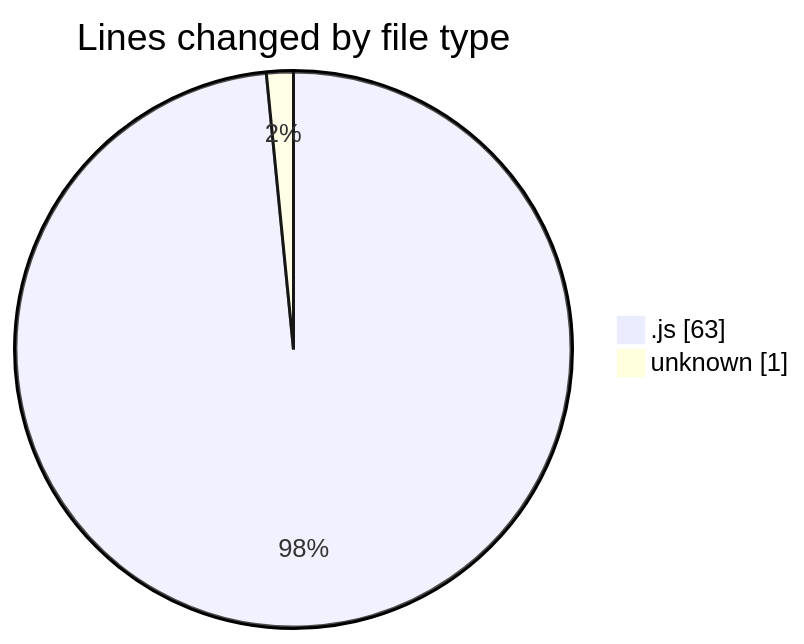
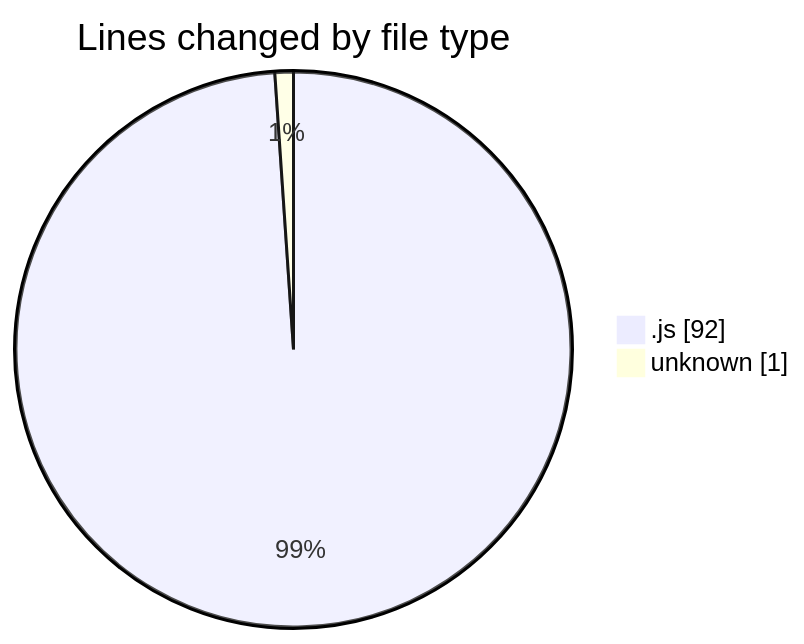
Before and after one commit to BS-eng2023/code-tracking: the first of 2 diagrams in 2025-03-27/vms-backend/README.md, drawn with Mermaid. The commit also changed other lines of this file and 1 other file, not shown here.

````diff
--- a/2025-03-27/vms-backend/README.md
+++ b/2025-03-27/vms-backend/README.md
@@ -23,6 +24,6 @@
 ```mermaid
 pie showData
 title Lines changed by file type
-".js" : 63
+".js" : 92
 "unknown" : 1
 ```
````
